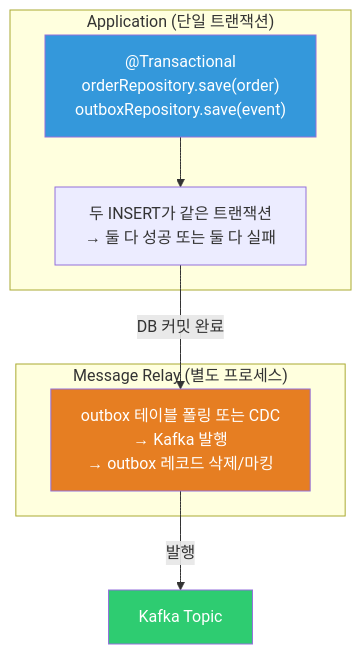
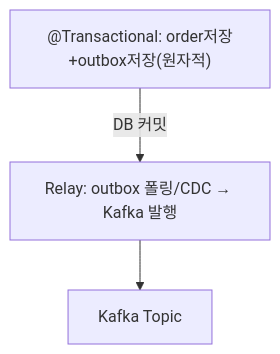
One commit to yjkim2015/yjkim2015.github.io changed the second of 6 diagrams in _posts/kafka/2026-05-01-kafka-outbox-cdc.md. Above: the diagram before and after it, drawn with Mermaid. The commit also changed other lines of this file and 215 other files, not shown here.

First line of the commit message:
신규 포스트 10개 추가 + Mermaid 전면 축소 + SystemDesign 시리즈 보강

````diff
--- a/_posts/kafka/2026-05-01-kafka-outbox-cdc.md
+++ b/_posts/kafka/2026-05-01-kafka-outbox-cdc.md
@@ -65,19 +51,6 @@
 ```mermaid
 flowchart TD
-    subgraph "Application (단일 트랜잭션)"
-        APP["@Transactional\norderRepository.save(order)\noutboxRepository.save(event)"]
-        NOTE["두 INSERT가 같은 트랜잭션\n→ 둘 다 성공 또는 둘 다 실패"]
-    end
-    APP --> NOTE
-
-    subgraph "Message Relay (별도 프로세스)"
-        RELAY["outbox 테이블 폴링 또는 CDC\n→ Kafka 발행\n→ outbox 레코드 삭제/마킹"]
-    end
-
-    NOTE -->|"DB 커밋 완료"| RELAY
-    RELAY -->|"발행"| KAFKA["Kafka Topic"]
-
-    style APP fill:#3498db,color:#fff
-    style RELAY fill:#e67e22,color:#fff
-    style KAFKA fill:#2ecc71,color:#fff
+    APP["@Transactional: order저장+outbox저장(원자적)"]
+    APP -->|"DB 커밋"| RELAY["Relay: outbox 폴링/CDC → Kafka 발행"]
+    RELAY --> KAFKA["Kafka Topic"]
 ```
````
